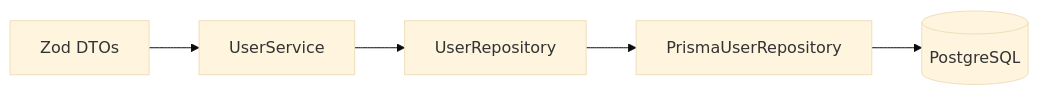
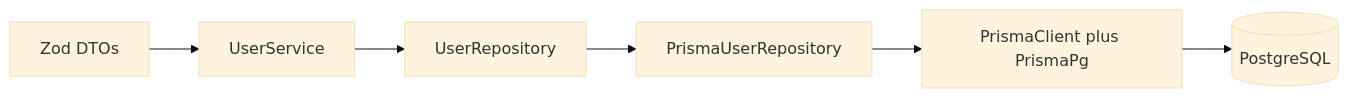
The second of 5 diagrams in docs/architecture.md (isaaclfelix/sample-nestjs-project), drawn with Mermaid (base theme) before and after one commit. The commit also changed other lines of this file and 15 other files, not shown here.

First line of the commit message:
chore(db): adopt prisma 7 with pg driver adapter

````diff
--- a/docs/architecture.md
+++ b/docs/architecture.md
@@ -142,9 +145,10 @@
 ```mermaid
 flowchart LR
   http[Zod DTOs]
   svc[UserService]
   port[UserRepository]
   adapter[PrismaUserRepository]
+  client[PrismaClient plus PrismaPg]
   db[(PostgreSQL)]
-  http --> svc --> port --> adapter --> db
+  http --> svc --> port --> adapter --> client --> db
 ```
````
